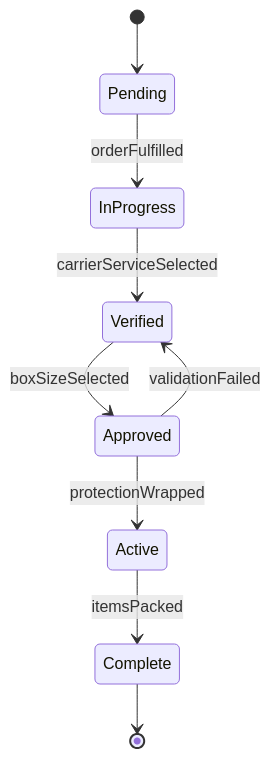
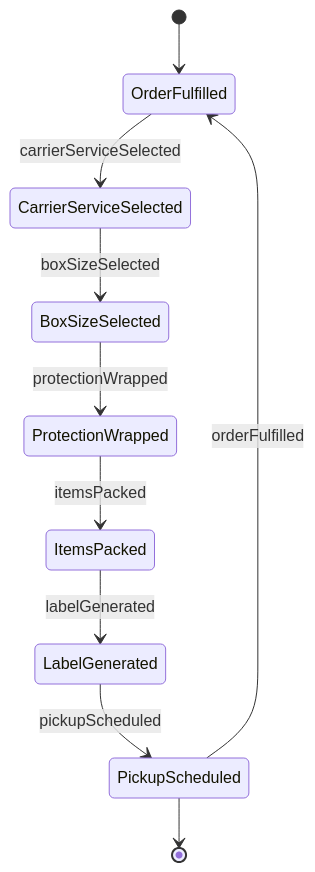
Before and after one commit to dot-org-ai/tasks.org.ai: the second of 4 diagrams in HandlingAndMovingObjects/PackageObjects/PackageObjectsShipping.mdx, drawn with Mermaid. The commit also changed other lines of this file and 515 other files, not shown here.

````diff
--- a/HandlingAndMovingObjects/PackageObjects/PackageObjectsShipping.mdx
+++ b/HandlingAndMovingObjects/PackageObjects/PackageObjectsShipping.mdx
@@ -100,11 +100,12 @@
 ```mermaid
 stateDiagram-v2
-    [*] --> Pending
-    Pending --> InProgress : orderFulfilled
-    InProgress --> Verified : carrierServiceSelected
-    Verified --> Approved : boxSizeSelected
-    Approved --> Active : protectionWrapped
-    Active --> Complete : itemsPacked
-    Approved --> Verified : validationFailed
-    Complete --> [*]
+    [*] --> OrderFulfilled
+    OrderFulfilled --> CarrierServiceSelected : carrierServiceSelected
+    CarrierServiceSelected --> BoxSizeSelected : boxSizeSelected
+    BoxSizeSelected --> ProtectionWrapped : protectionWrapped
+    ProtectionWrapped --> ItemsPacked : itemsPacked
+    ItemsPacked --> LabelGenerated : labelGenerated
+    LabelGenerated --> PickupScheduled : pickupScheduled
+    PickupScheduled --> OrderFulfilled : orderFulfilled
+    PickupScheduled --> [*]
 ```
````
